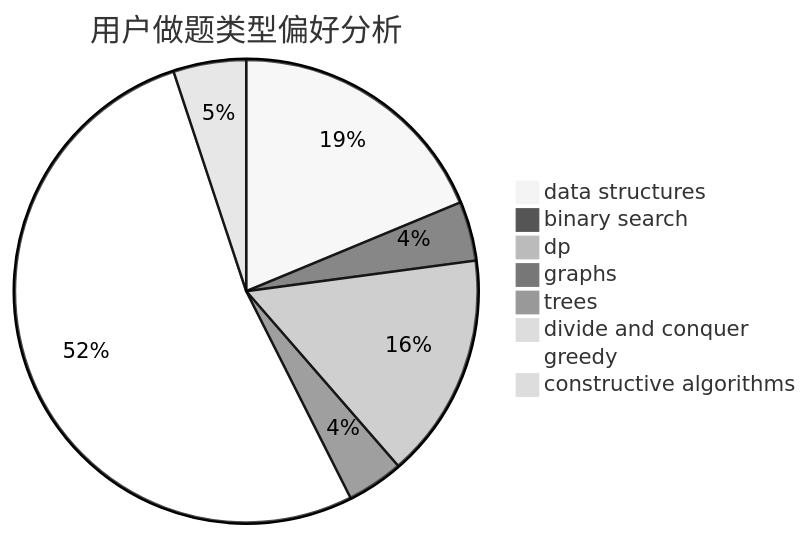
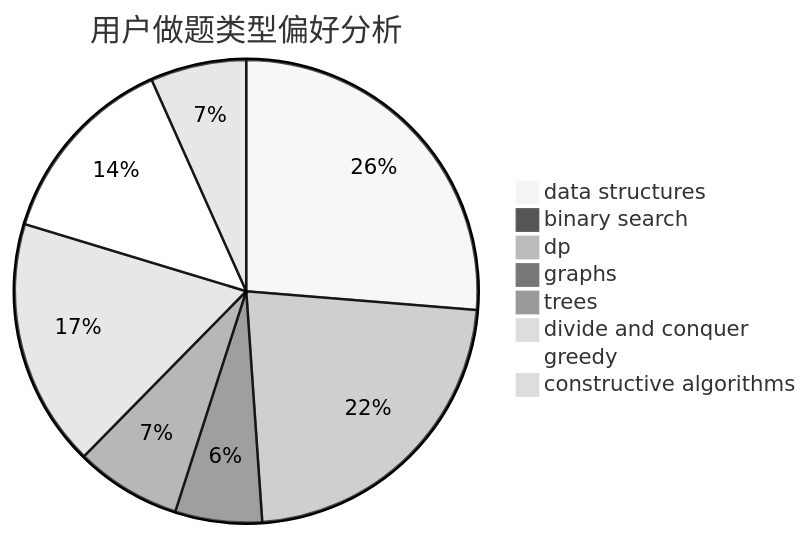
One commit to sherpahu/cfrs.github.io changed the second of 3 diagrams in docs/user/u657.md. Above: the diagram before and after it, drawn with Mermaid (neutral theme). The commit also changed other lines of this file and 2770 other files, not shown here.

````diff
--- a/docs/user/u657.md
+++ b/docs/user/u657.md
@@ -23,11 +23,11 @@
 ```mermaid
 pie title 用户做题类型偏好分析
-    "data structures" :  199
-    "binary search" :  44
-    "dp" :  167
-    "graphs" :  42
-    "trees" :  1
-    "divide and conquer" :  3
-    "greedy" :  556
-    "constructive algorithms" :  54
+    "data structures" :  334
+    "binary search" :  9
+    "dp" :  287
+    "graphs" :  77
+    "trees" :  94
+    "divide and conquer" :  220
+    "greedy" :  173
+    "constructive algorithms" :  85
 ```
````
